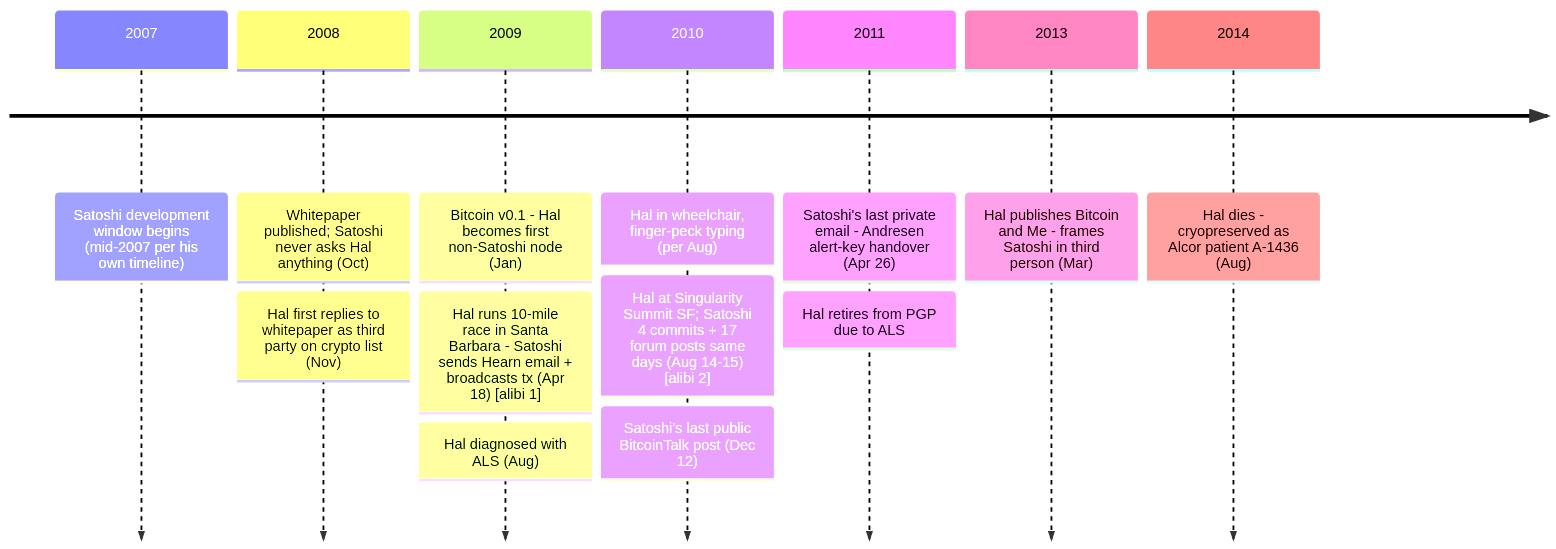
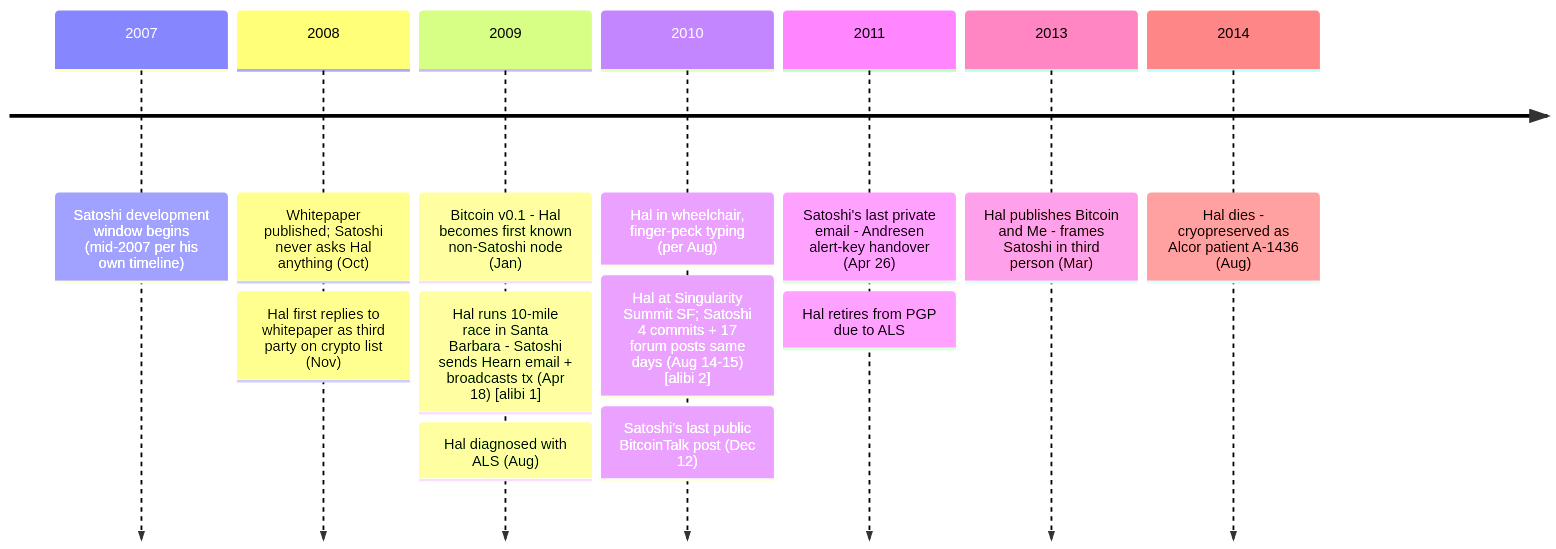
Before and after one commit to cypher256/BitcoinArchive: the diagram in src/data/entries/en/analysis/2014-03-25-hal-finney-satoshi-identity-hypothesis.md, drawn with Mermaid. The commit also changed 5 other files, not shown here.

First line of the commit message:
Extend Gavin/CIA and Hal-node hedge to remaining instances

````diff
--- a/src/data/entries/en/analysis/2014-03-25-hal-finney-satoshi-identity-hypothesis.md
+++ b/src/data/entries/en/analysis/2014-03-25-hal-finney-satoshi-identity-hypothesis.md
@@ -68,24 +68,24 @@
 ```mermaid
 timeline
     2007 : Satoshi development window begins (mid-2007 per his own timeline)
     2008 : Whitepaper published; Satoshi never asks Hal anything (Oct)
     %% link: /BitcoinArchive/entries/emails/cryptography/bitcoin-p2p-e-cash-paper/2008-10-31-bitcoin-p2p-e-cash-paper/
          : Hal first replies to whitepaper as third party on crypto list (Nov)
     %% link: /BitcoinArchive/entries/correspondence/hal-finney/2008-11-19-finney-to-satoshi-scalability/
-    2009 : Bitcoin v0.1 - Hal becomes first non-Satoshi node (Jan)
+    2009 : Bitcoin v0.1 - Hal becomes first known non-Satoshi node (Jan)
     %% link: /BitcoinArchive/entries/sourceforge/2009-01-09-bitcoin-v01-released/
          : Hal runs 10-mile race in Santa Barbara - Satoshi sends Hearn email + broadcasts tx (Apr 18) [alibi 1]
     %% link: /BitcoinArchive/entries/correspondence/mike-hearn/questions/2009-04-18-satoshi-to-hearn-ecdsa/
          : Hal diagnosed with ALS (Aug)
     2010 : Hal in wheelchair, finger-peck typing (per Aug)
          : Hal at Singularity Summit SF; Satoshi 4 commits + 17 forum posts same days (Aug 14-15) [alibi 2]
          : Satoshi's last public BitcoinTalk post (Dec 12)
     %% link: /BitcoinArchive/entries/forum/bitcointalk/topic-2228/2010-12-12-satoshi-final-post/
     2011 : Satoshi's last private email - Andresen alert-key handover (Apr 26)
     %% link: /BitcoinArchive/entries/correspondence/gavin-andresen/2011-04-26-satoshi-to-andresen-alert-key/
          : Hal retires from PGP due to ALS
     2013 : Hal publishes Bitcoin and Me - frames Satoshi in third person (Mar)
     %% link: /BitcoinArchive/entries/aftermath/2013-03-19-bitcoin-and-me-hal-finney/
     2014 : Hal dies - cryopreserved as Alcor patient A-1436 (Aug)
     %% link: /BitcoinArchive/entries/aftermath/2014-08-28-hal-finney-passes-away/
 ```
````
